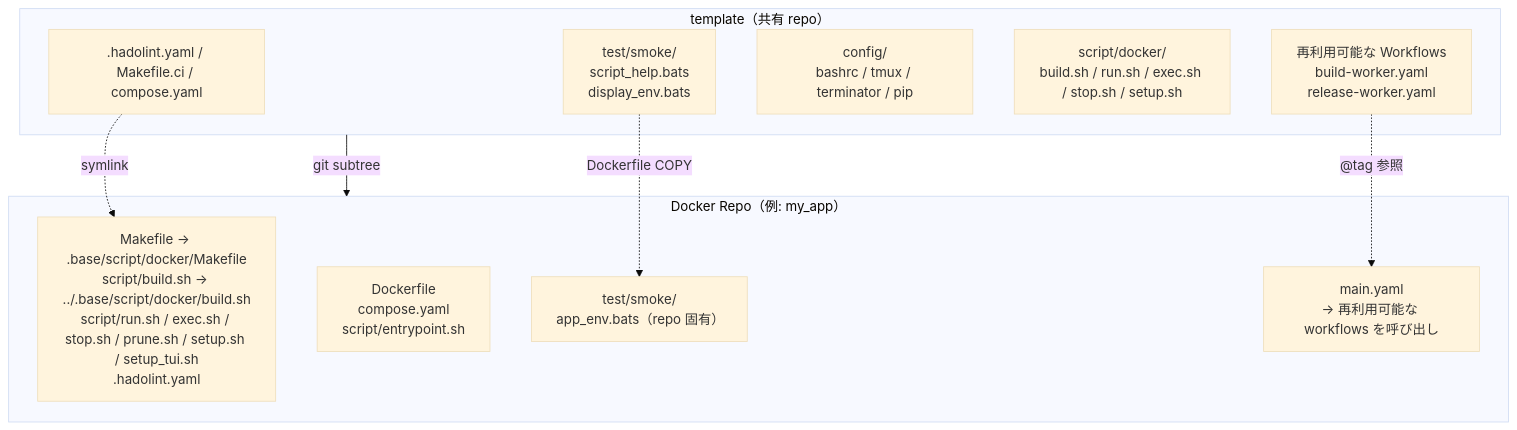
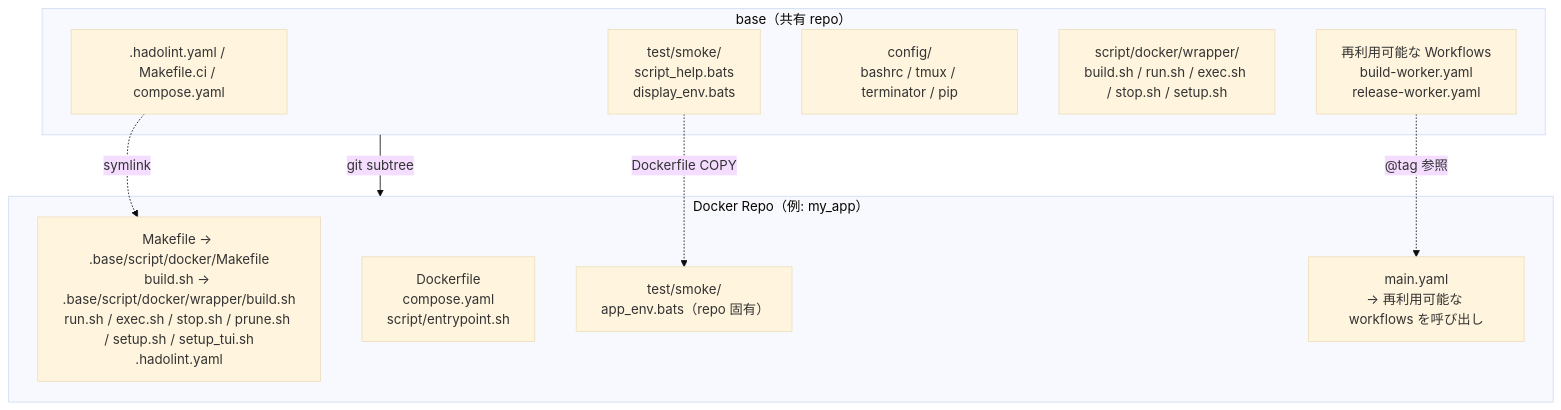
The first of 2 diagrams in doc/readme/README.ja.md (ycpss91255-docker/base), drawn with Mermaid (base theme) before and after one commit. The commit also changed other lines of this file and 4 other files, not shown here.

````diff
--- a/doc/readme/README.ja.md
+++ b/doc/readme/README.ja.md
@@ -56,22 +56,22 @@
 ```mermaid
 graph TB
-    subgraph template["template（共有 repo）"]
+    subgraph base["base（共有 repo）"]
         scripts[".hadolint.yaml / Makefile.ci / compose.yaml"]
         smoke["test/smoke/<br/>script_help.bats<br/>display_env.bats"]
         config["config/<br/>bashrc / tmux / terminator / pip"]
-        mgmt["script/docker/<br/>build.sh / run.sh / exec.sh / stop.sh / setup.sh"]
+        mgmt["script/docker/wrapper/<br/>build.sh / run.sh / exec.sh / stop.sh / setup.sh"]
         workflows["再利用可能な Workflows<br/>build-worker.yaml<br/>release-worker.yaml"]
     end
 
     subgraph consumer["Docker Repo（例: my_app）"]
-        symlinks["Makefile → .base/script/docker/Makefile<br/>script/build.sh → ../.base/script/docker/build.sh<br/>script/run.sh / exec.sh / stop.sh / prune.sh / setup.sh / setup_tui.sh<br/>.hadolint.yaml"]
+        symlinks["Makefile → .base/script/docker/Makefile<br/>build.sh → .base/script/docker/wrapper/build.sh<br/>run.sh / exec.sh / stop.sh / prune.sh / setup.sh / setup_tui.sh<br/>.hadolint.yaml"]
         dockerfile["Dockerfile<br/>compose.yaml<br/>script/entrypoint.sh"]
         repo_test["test/smoke/<br/>app_env.bats（repo 固有）"]
         main_yaml["main.yaml<br/>→ 再利用可能な workflows を呼び出し"]
     end
 
-    template -- "git subtree" --> consumer
+    base -- "git subtree" --> consumer
     scripts -. "symlink" .-> symlinks
     smoke -. "Dockerfile COPY" .-> repo_test
     workflows -. "@tag 参照" .-> main_yaml
 ```
````
